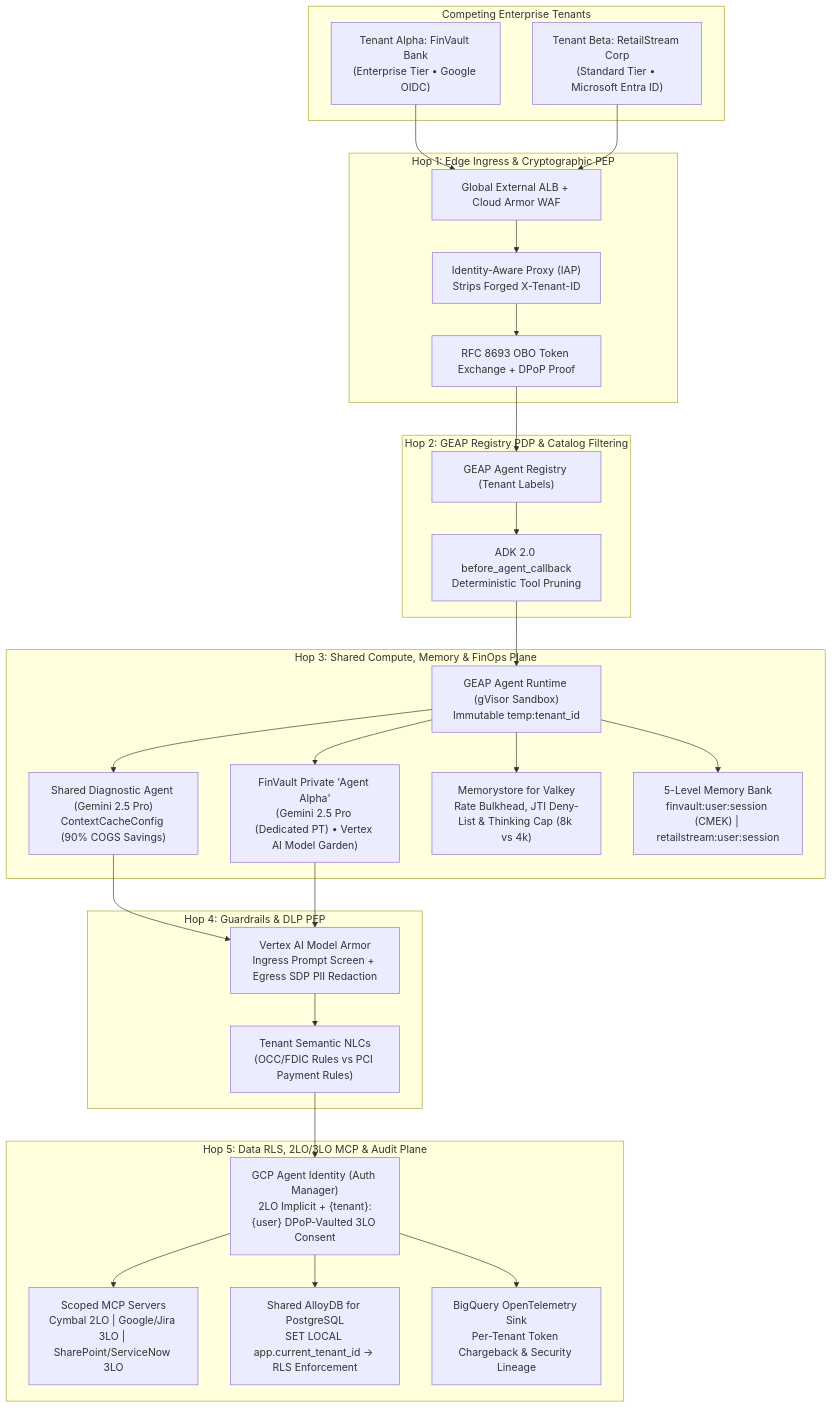
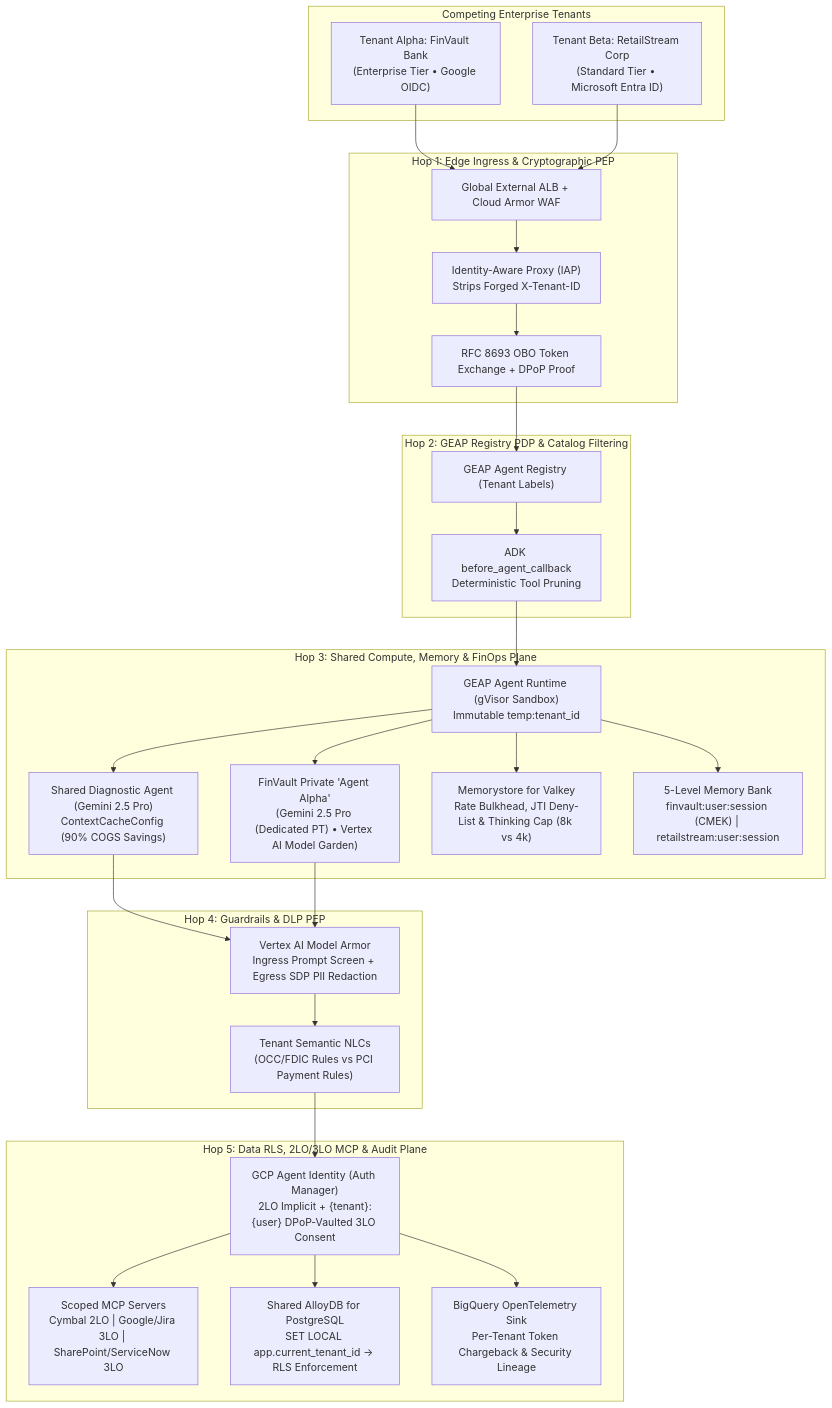
The first of 3 diagrams in workstream-1-reference-architecture/1.1-architecture-taxonomy-and-diagrams.md (nitinaggarwal-12/blogs), drawn with Mermaid before and after one commit. The commit also changed other lines of this file and 149 other files, not shown here.

Commit message:
chore(publication): purge ungrounded claims, personal/Merck IDs, and internal codenames across all blogs, diagrams, decks, and screenshots

````diff
--- a/workstream-1-reference-architecture/1.1-architecture-taxonomy-and-diagrams.md
+++ b/workstream-1-reference-architecture/1.1-architecture-taxonomy-and-diagrams.md
@@ -49,53 +49,53 @@
 ```mermaid
 flowchart TB
     subgraph Clients["Competing Enterprise Tenants"]
         FV["Tenant Alpha: FinVault Bank<br/>(Enterprise Tier • Google OIDC)"]
         RS["Tenant Beta: RetailStream Corp<br/>(Standard Tier • Microsoft Entra ID)"]
     end
 
     subgraph Hop1_Edge["Hop 1: Edge Ingress & Cryptographic PEP"]
         ALB["Global External ALB + Cloud Armor WAF"]
         IAP["Identity-Aware Proxy (IAP)<br/>Strips Forged X-Tenant-ID"]
         OBO["RFC 8693 OBO Token Exchange + DPoP Proof"]
     end
 
     subgraph Hop2_Registry["Hop 2: GEAP Registry PDP & Catalog Filtering"]
         Reg["GEAP Agent Registry (Tenant Labels)"]
-        Callback["ADK 2.0 before_agent_callback<br/>Deterministic Tool Pruning"]
+        Callback["ADK before_agent_callback<br/>Deterministic Tool Pruning"]
     end
 
     subgraph Hop3_Compute["Hop 3: Shared Compute, Memory & FinOps Plane"]
         Sandbox["GEAP Agent Runtime (gVisor Sandbox)<br/>Immutable temp:tenant_id"]
         SharedAgent["Shared Diagnostic Agent (Gemini 2.5 Pro)<br/>ContextCacheConfig (90% COGS Savings)"]
         AgentAlpha["FinVault Private 'Agent Alpha'<br/>(Gemini 2.5 Pro (Dedicated PT) • Vertex AI Model Garden)"]
         Redis["Memorystore for Valkey<br/>Rate Bulkhead, JTI Deny-List & Thinking Cap (8k vs 4k)"]
         MemBank["5-Level Memory Bank<br/>finvault:user:session (CMEK) | retailstream:user:session"]
     end
 
     subgraph Hop4_Guardrails["Hop 4: Guardrails & DLP PEP"]
         Armor["Vertex AI Model Armor<br/>Ingress Prompt Screen + Egress SDP PII Redaction"]
         NLC["Tenant Semantic NLCs<br/>(OCC/FDIC Rules vs PCI Payment Rules)"]
     end
 
     subgraph Hop5_Data["Hop 5: Data RLS, 2LO/3LO MCP & Audit Plane"]
         AuthMgr["GCP Agent Identity (Auth Manager)<br/>2LO Implicit + {tenant}:{user} DPoP-Vaulted 3LO Consent"]
         MCP["Scoped MCP Servers<br/>Cymbal 2LO | Google/Jira 3LO | SharePoint/ServiceNow 3LO"]
         AlloyDB["Shared AlloyDB for PostgreSQL<br/>SET LOCAL app.current_tenant_id -> RLS Enforcement"]
         BQ["BigQuery OpenTelemetry Sink<br/>Per-Tenant Token Chargeback & Security Lineage"]
     end
 
     FV --> ALB
     RS --> ALB
     ALB --> IAP --> OBO --> Reg --> Callback
     Callback --> Sandbox
     Sandbox --> SharedAgent
     Sandbox --> AgentAlpha
     Sandbox --> Redis
     Sandbox --> MemBank
     SharedAgent --> Armor
     AgentAlpha --> Armor
     Armor --> NLC --> AuthMgr
     AuthMgr --> MCP
     AuthMgr --> AlloyDB
     AuthMgr --> BQ
 ```
````
